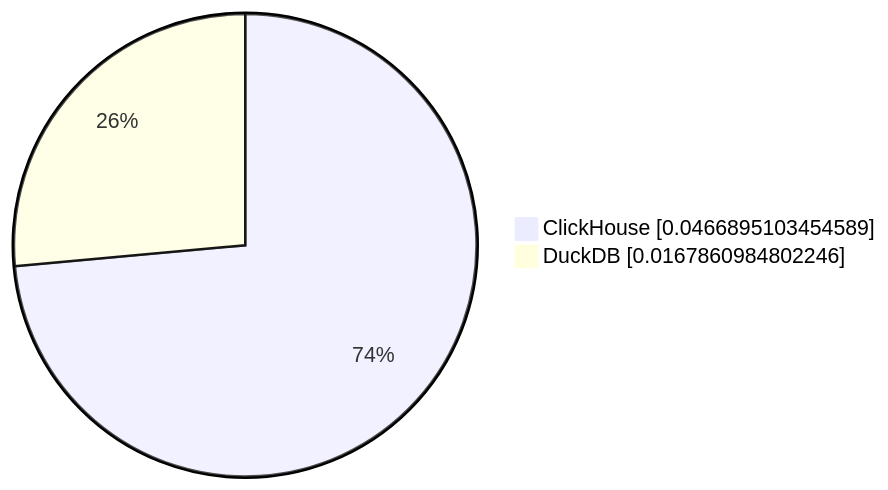
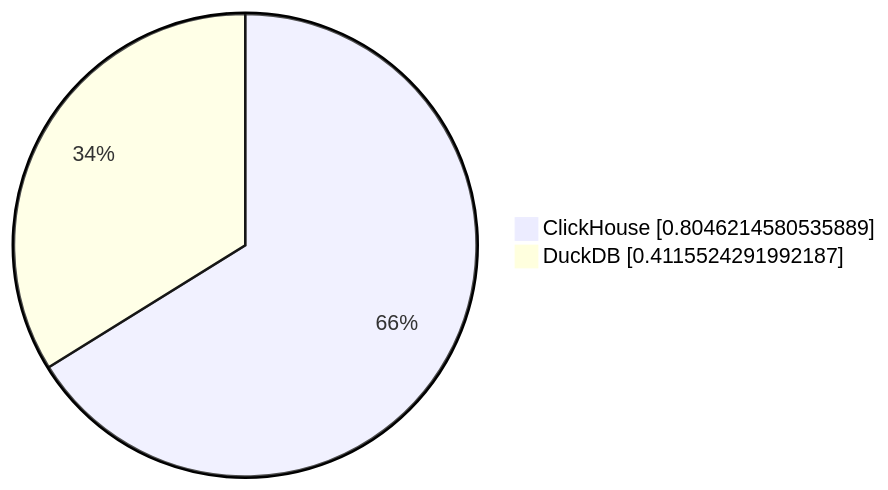
One commit to Altinity/clickhouse-regression changed the fifth of 10 diagrams in parquet/performance/results/README.md. Above: the diagram before and after it, drawn with Mermaid. The commit also changed other lines of this file and 4 other files, not shown here.

````diff
--- a/parquet/performance/results/README.md
+++ b/parquet/performance/results/README.md
@@ -48,5 +50,5 @@
 ```mermaid
      pie showData
-         "ClickHouse" : 0.0466895103454589
-         "DuckDB" : 0.0167860984802246
+         "ClickHouse" : 0.8046214580535889
+         "DuckDB" : 0.4115524291992187
 ```
````
